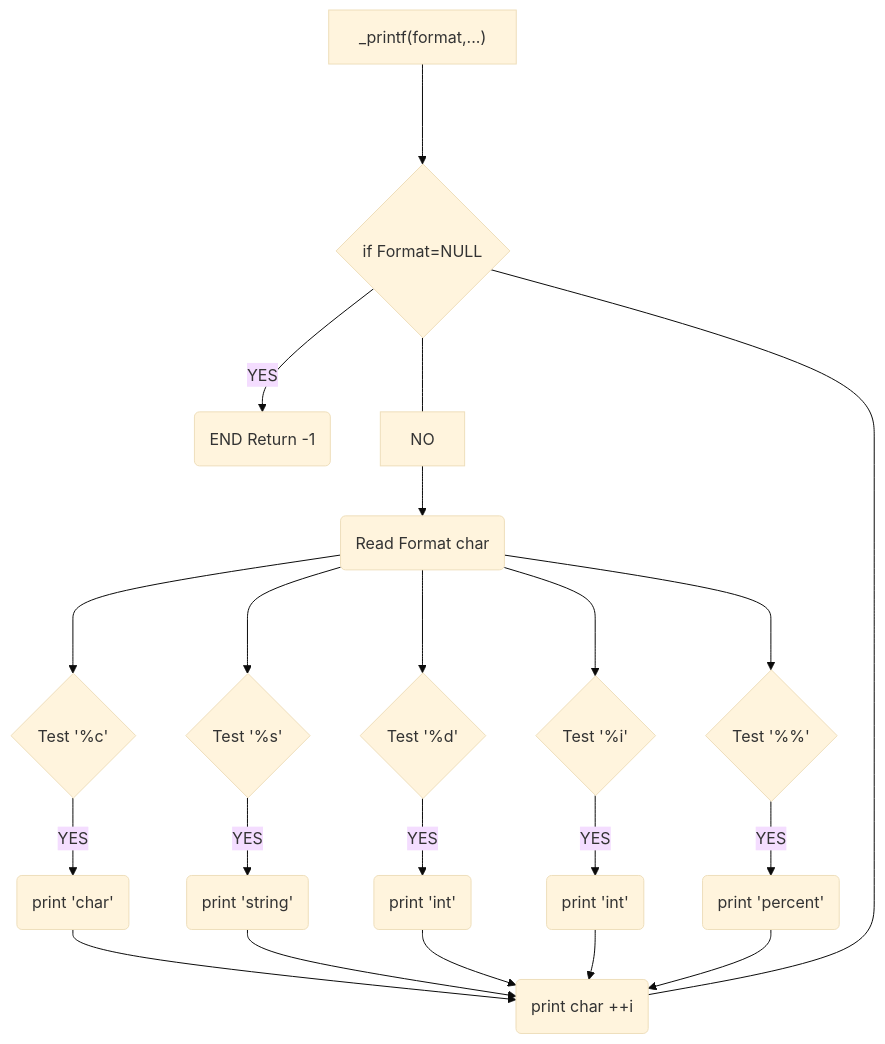
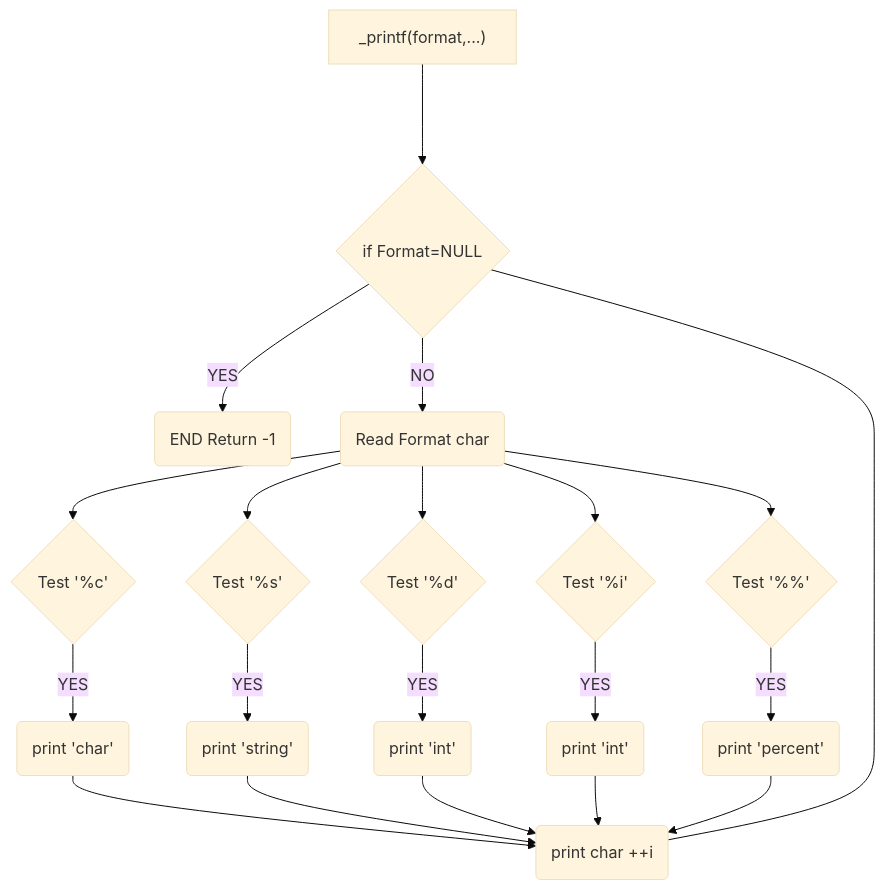
The diagram in README.md (Genia888/holbertonschool-printf), drawn with Mermaid (base theme) before and after one commit.

````diff
--- a/README.md
+++ b/README.md
@@ -76,18 +76,18 @@
 ```mermaid
-    flowchart TD
+flowchart TD
     A["_printf(format,...)"] --->B{"if  Format=NULL"}
     B -- YES --> I("END Return -1")
-    B --- NO --> C("Read Format char")
-    C ---> D{Test '%c'} 
-    C ---> E{Test '%s' } 
-    C ---> F{Test '%d'}  
-    C ---> J{Test '%i'}  
-    C ---> K{Test '%%'}
+    B -- NO --> C("Read Format char")
+    C --> D{Test '%c'} 
+    C --> E{Test '%s' } 
+    C --> F{Test '%d'}  
+    C --> J{Test '%i'}  
+    C --> K{Test '%%'}
     D -- YES --> 1(print 'char')
     E -- YES --> 2(print 'string')
     F -- YES --> 3(print 'int')
     J -- YES --> 4(print 'int')
     K -- YES --> 5(print 'percent')
     1 & 2 & 3 & 4 & 5 --> M(print char ++i)
     B --- M
 ```
````
